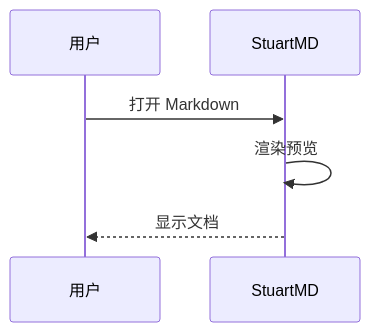
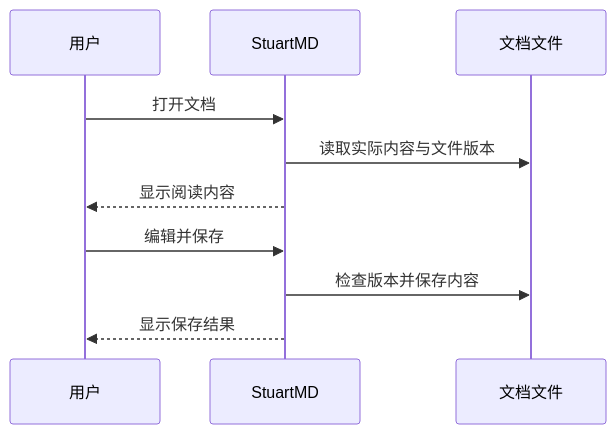
One commit to ghostLLC/StuartMD changed the second of 2 diagrams in samples/示例文档.md. Above: the diagram before and after it, drawn with Mermaid. The commit also changed other lines of this file and 354 other files, not shown here.

Commit message:
3.5.11：完善文档保存、PDF、Mermaid 和 DeepSeek 工作流

````diff
--- a/samples/示例文档.md
+++ b/samples/示例文档.md
@@ -123,8 +101,12 @@
 ```mermaid
 sequenceDiagram
   participant U as 用户
   participant S as StuartMD
-  U->>S: 打开 Markdown
-  S->>S: 渲染预览
-  S-->>U: 显示文档
+  participant F as 文档文件
+  U->>S: 打开文档
+  S->>F: 读取实际内容与文件版本
+  S-->>U: 显示阅读内容
+  U->>S: 编辑并保存
+  S->>F: 检查版本并保存内容
+  S-->>U: 显示保存结果
 ```
````
